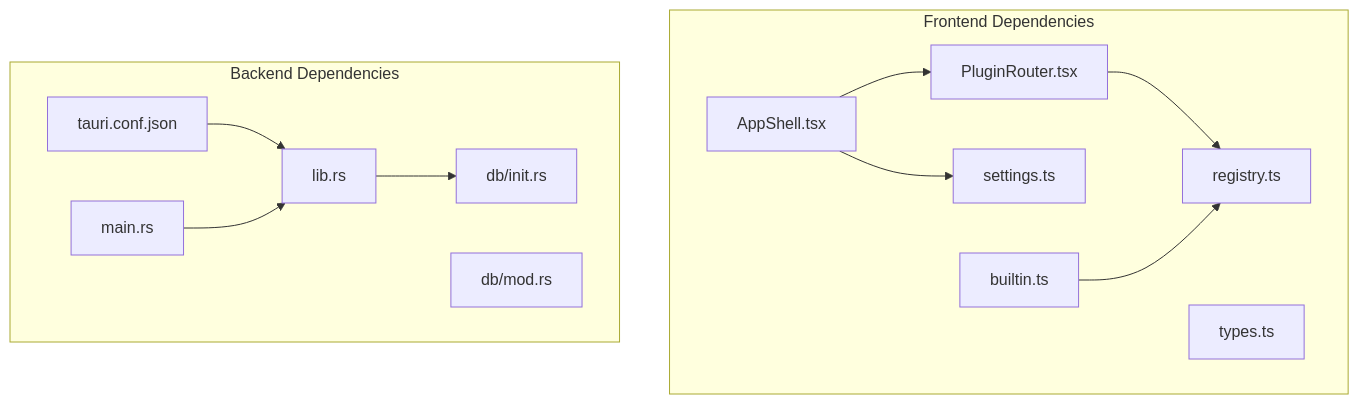
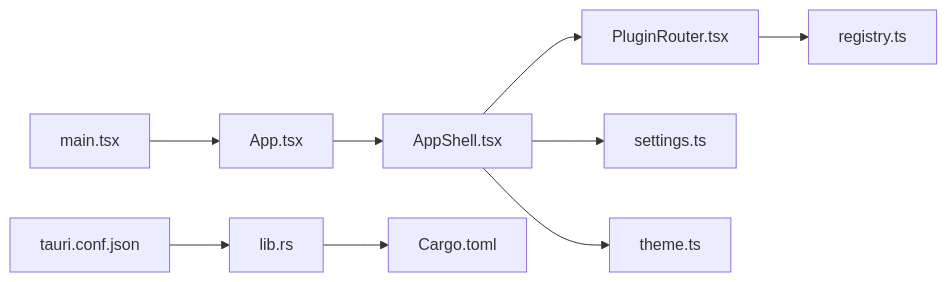
The eighth of 8 diagrams in .qoder/repowiki/en/content/Architecture Overview/Architecture Overview.md (DumKing/DevNexus), drawn with Mermaid before and after one commit. The commit also changed other lines of this file and 96 other files, not shown here.

````diff
--- a/.qoder/repowiki/en/content/Architecture Overview/Architecture Overview.md
+++ b/.qoder/repowiki/en/content/Architecture Overview/Architecture Overview.md
@@ -289,25 +321,11 @@
 ```mermaid
-graph TB
-subgraph "Frontend Dependencies"
-REG["registry.ts"]
-TYPES["types.ts"]
-BUILTIN["builtin.ts"]
-SETTINGS["settings.ts"]
-SHELL["AppShell.tsx"]
-ROUTER["PluginRouter.tsx"]
-end
-subgraph "Backend Dependencies"
-CONF["tauri.conf.json"]
-LIB["lib.rs"]
-MAIN["main.rs"]
-DBMOD["db/mod.rs"]
-DBINIT["db/init.rs"]
-end
-ROUTER --> REG
-SHELL --> ROUTER
-SHELL --> SETTINGS
-BUILTIN --> REG
-LIB --> DBINIT
-CONF --> LIB
-MAIN --> LIB
+graph LR
+FE_Main["main.tsx"] --> FE_App["App.tsx"]
+FE_App --> FE_Shell["AppShell.tsx"]
+FE_Shell --> FE_Router["PluginRouter.tsx"]
+FE_Router --> FE_Registry["registry.ts"]
+FE_Shell --> FE_Settings["settings.ts"]
+FE_Shell --> FE_Theme["theme.ts"]
+BE_Config["tauri.conf.json"] --> BE_Lib["lib.rs"]
+BE_Lib --> BE_Cargo["Cargo.toml"]
 ```
````
